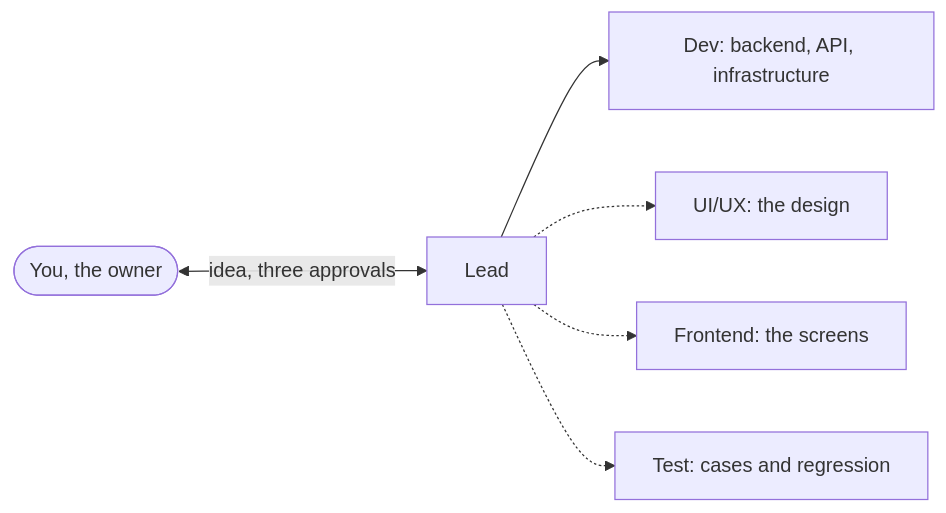
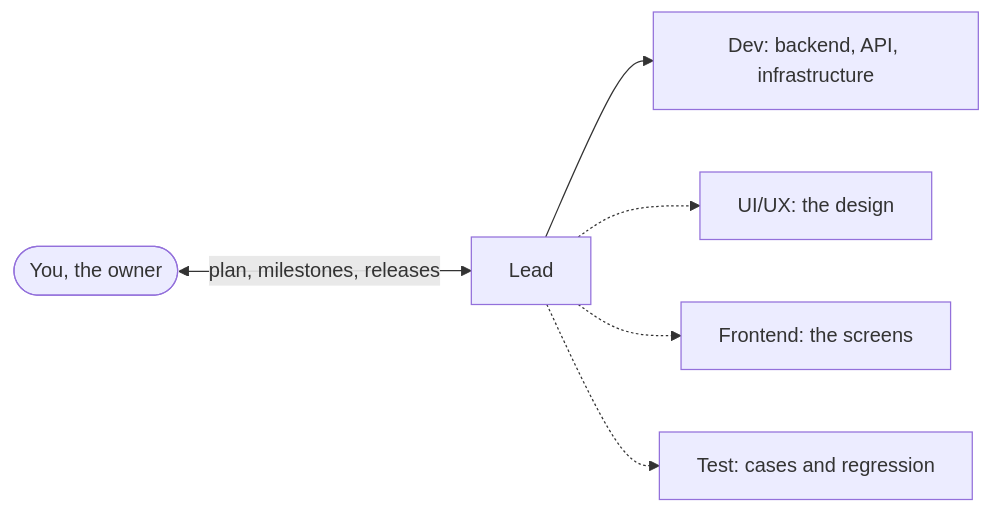
Before and after one commit to liquizzz/crewbook-build: the diagram in docs/book/00-introduction.md, drawn with Mermaid. The commit also changed other lines of this file and 21 other files, not shown here.

````diff
--- a/docs/book/00-introduction.md
+++ b/docs/book/00-introduction.md
@@ -48,8 +46,8 @@
 ```mermaid
 flowchart LR
-  O(["You, the owner"]) <-- "idea, three approvals" --> Lead["Lead"]
+  O(["You, the owner"]) <-- "plan, milestones, releases" --> Lead["Lead"]
   Lead --> Dev["Dev: backend, API, infrastructure"]
   Lead -.-> UX["UI/UX: the design"]
   Lead -.-> FE["Frontend: the screens"]
   Lead -.-> Test["Test: cases and regression"]
 ```
````
